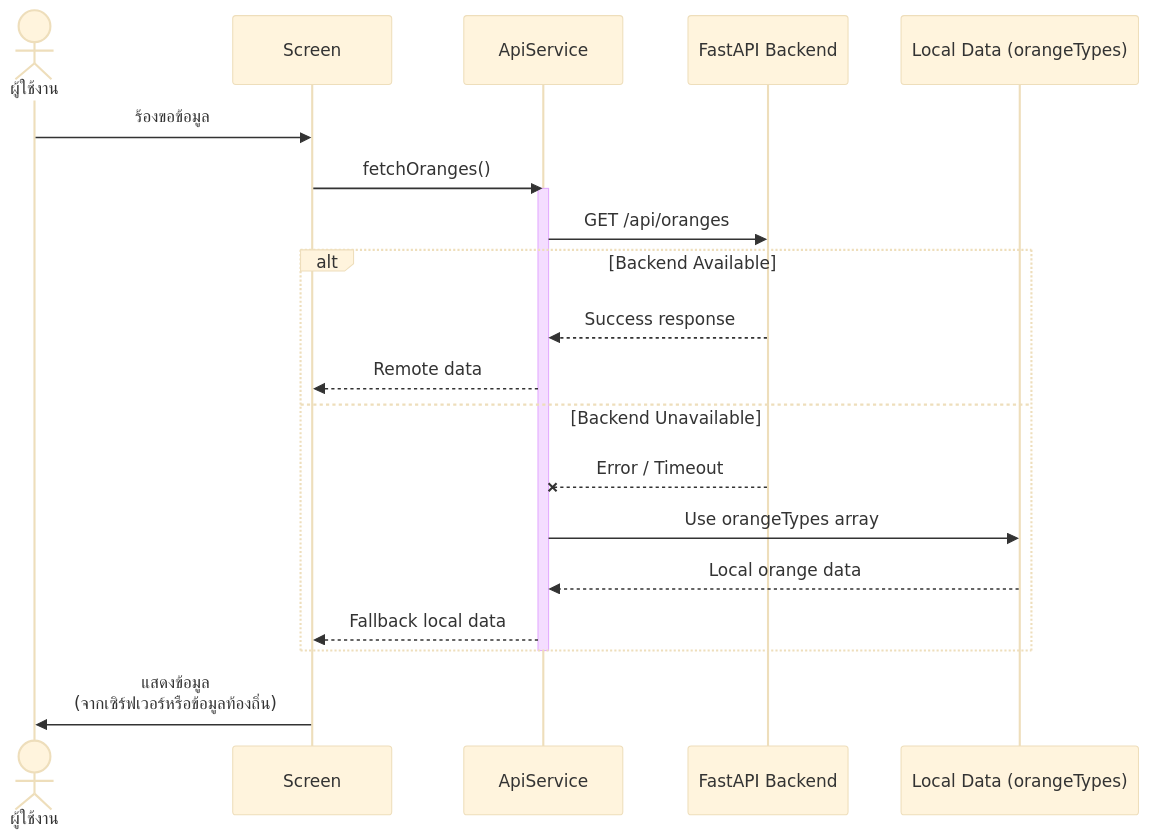
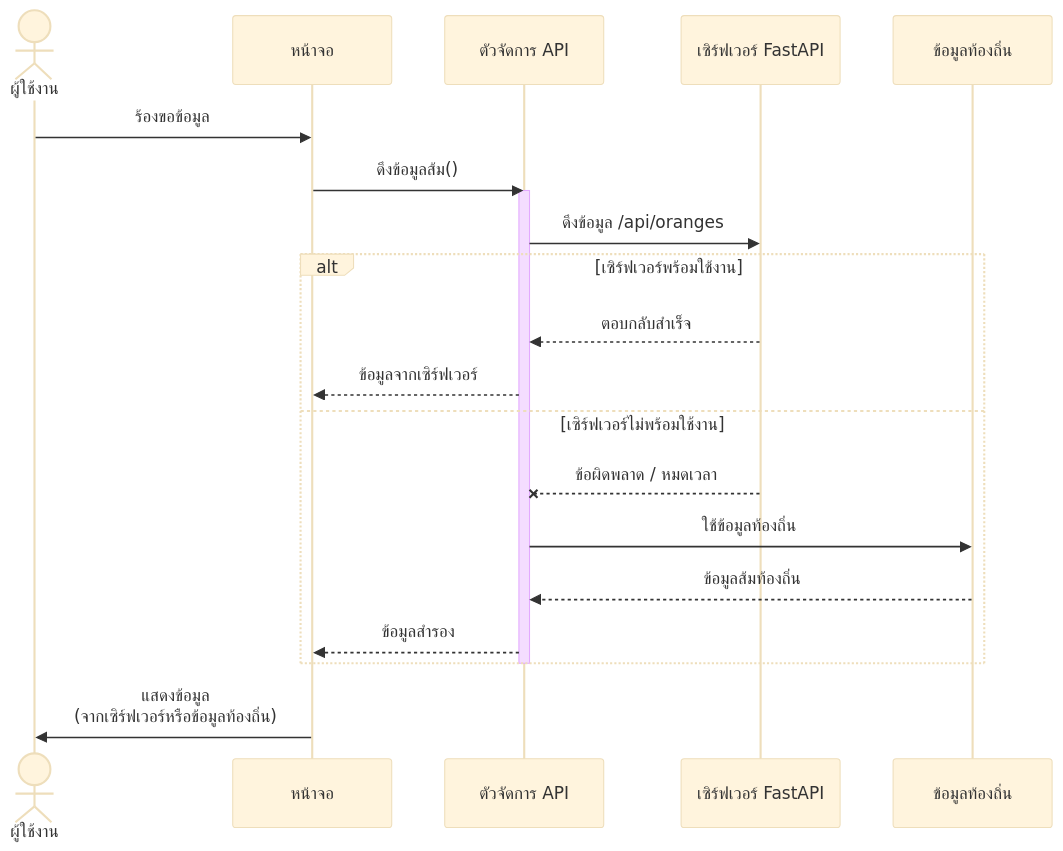
Before and after one commit to MyFirstKiss/Flutter-app-for-orange-price-calculation: the fifth of 5 diagrams in docs/sequence-diagram.md, drawn with Mermaid (base theme). The commit also changed other lines of this file, not shown here.

Commit message:
แปล sequence diagrams เปนภาษาไทยทงหมด (participants, steps, และ key points)

````diff
--- a/docs/sequence-diagram.md
+++ b/docs/sequence-diagram.md
@@ -168,27 +168,27 @@
 ```mermaid
 sequenceDiagram
     actor User as ผู้ใช้งาน
-    participant UI as Screen
-    participant API as ApiService
-    participant Backend as FastAPI Backend
-    participant Local as Local Data (orangeTypes)
+    participant UI as หน้าจอ
+    participant API as ตัวจัดการ API
+    participant Backend as เซิร์ฟเวอร์ FastAPI
+    participant Local as ข้อมูลท้องถิ่น
     
     User->>UI: ร้องขอข้อมูล
-    UI->>API: fetchOranges()
+    UI->>API: ดึงข้อมูลส้ม()
     
     activate API
-    API->>Backend: GET /api/oranges
+    API->>Backend: ดึงข้อมูล /api/oranges
     
-    alt Backend Available
-        Backend-->>API: Success response
-        API-->>UI: Remote data
-    else Backend Unavailable
-        Backend--xAPI: Error / Timeout
-        API->>Local: Use orangeTypes array
-        Local-->>API: Local orange data
-        API-->>UI: Fallback local data
+    alt เซิร์ฟเวอร์พร้อมใช้งาน
+        Backend-->>API: ตอบกลับสำเร็จ
+        API-->>UI: ข้อมูลจากเซิร์ฟเวอร์
+    else เซิร์ฟเวอร์ไม่พร้อมใช้งาน
+        Backend--xAPI: ข้อผิดพลาด / หมดเวลา
+        API->>Local: ใช้ข้อมูลท้องถิ่น
+        Local-->>API: ข้อมูลส้มท้องถิ่น
+        API-->>UI: ข้อมูลสำรอง
     end
     deactivate API
     
     UI->>User: แสดงข้อมูล<br/>(จากเซิร์ฟเวอร์หรือข้อมูลท้องถิ่น)
 ```
````
